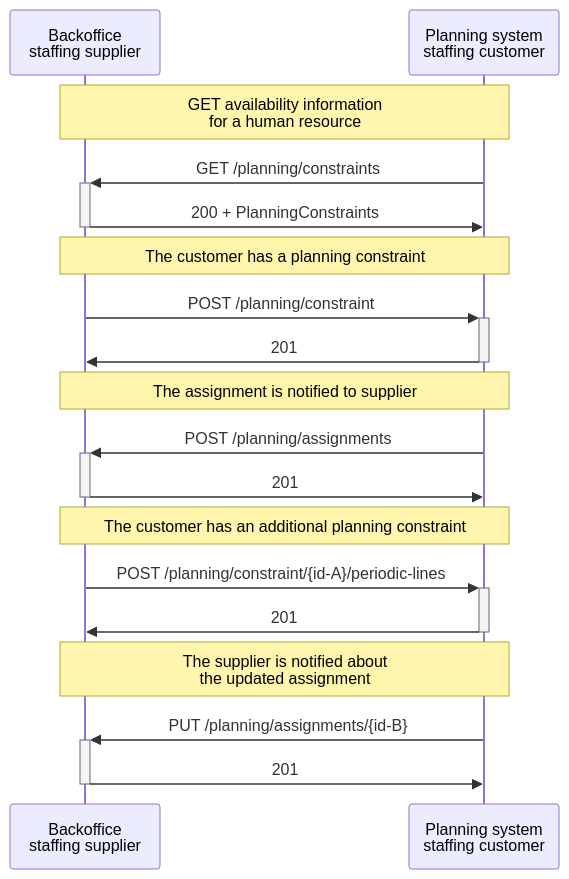
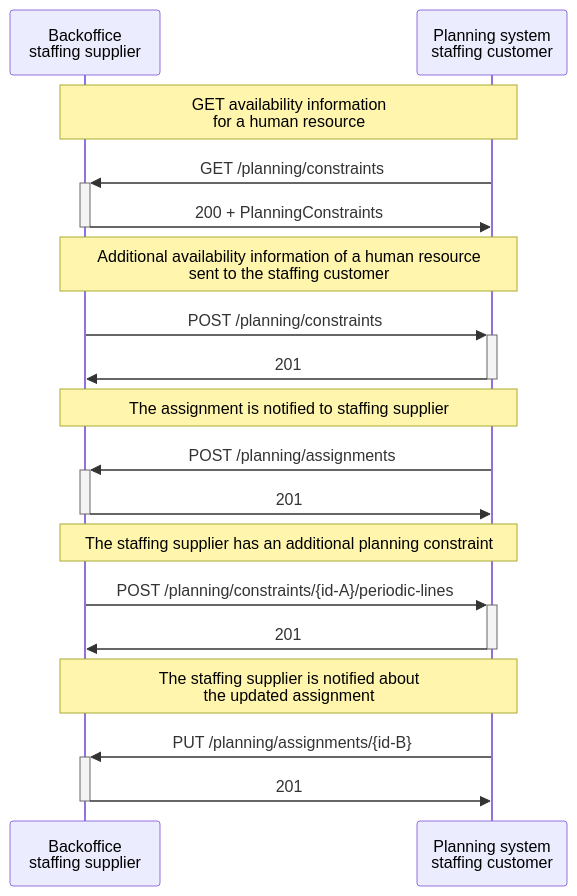
Before and after one commit to setu-standards/documentation: the diagram in app/docs/planning/Scenario 2/StaffingSupplier_and_StaffingCustomer.md, drawn with Mermaid. The commit also changed other lines of this file and 10 other files, not shown here.

````diff
--- a/app/docs/planning/Scenario 2/StaffingSupplier_and_StaffingCustomer.md
+++ b/app/docs/planning/Scenario 2/StaffingSupplier_and_StaffingCustomer.md
@@ -19,26 +17,26 @@
 ```mermaid
 sequenceDiagram
    participant Customer as Backoffice <br/> staffing supplier
     participant Planning as Planning system <br/> staffing customer
 
      Note over Customer,Planning: GET availability information <br/> for a human resource
     Planning ->>+ Customer: GET /planning/constraints
     Customer ->>- Planning: 200 + PlanningConstraints
 
-    Note over Customer,Planning: The customer has a planning constraint
-    Customer ->>+ Planning: POST /planning/constraint
+    Note over Customer,Planning: Additional availability information of a human resource <br/> sent to the staffing customer
+    Customer ->>+ Planning: POST /planning/constraints
     Planning ->>- Customer: 201
 
-    Note over Customer,Planning: The assignment is notified to supplier
+    Note over Customer,Planning: The assignment is notified to staffing supplier
     Planning ->>+ Customer: POST /planning/assignments
     Customer ->>- Planning: 201
 
-    Note over Customer,Planning: The customer has an additional planning constraint
-    Customer ->>+ Planning: POST /planning/constraint/{id-A}/periodic-lines
+    Note over Customer,Planning: The staffing supplier has an additional planning constraint
+    Customer ->>+ Planning: POST /planning/constraints/{id-A}/periodic-lines
     Planning ->>- Customer: 201
 
-    Note over Customer,Planning: The supplier is notified about <br/> the updated assignment
+    Note over Customer,Planning: The staffing supplier is notified about <br/> the updated assignment
     Planning ->>+ Customer: PUT /planning/assignments/{id-B}
     Customer ->>- Planning: 201
 
 ```
````
